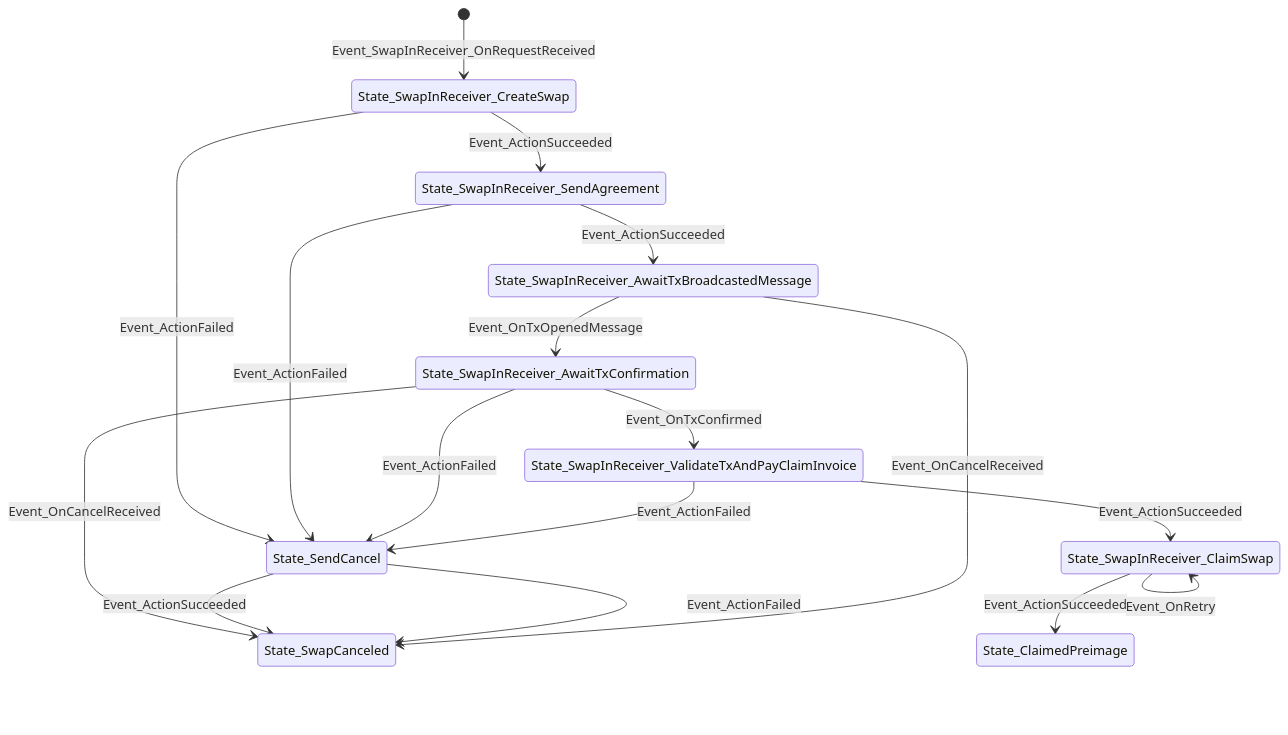
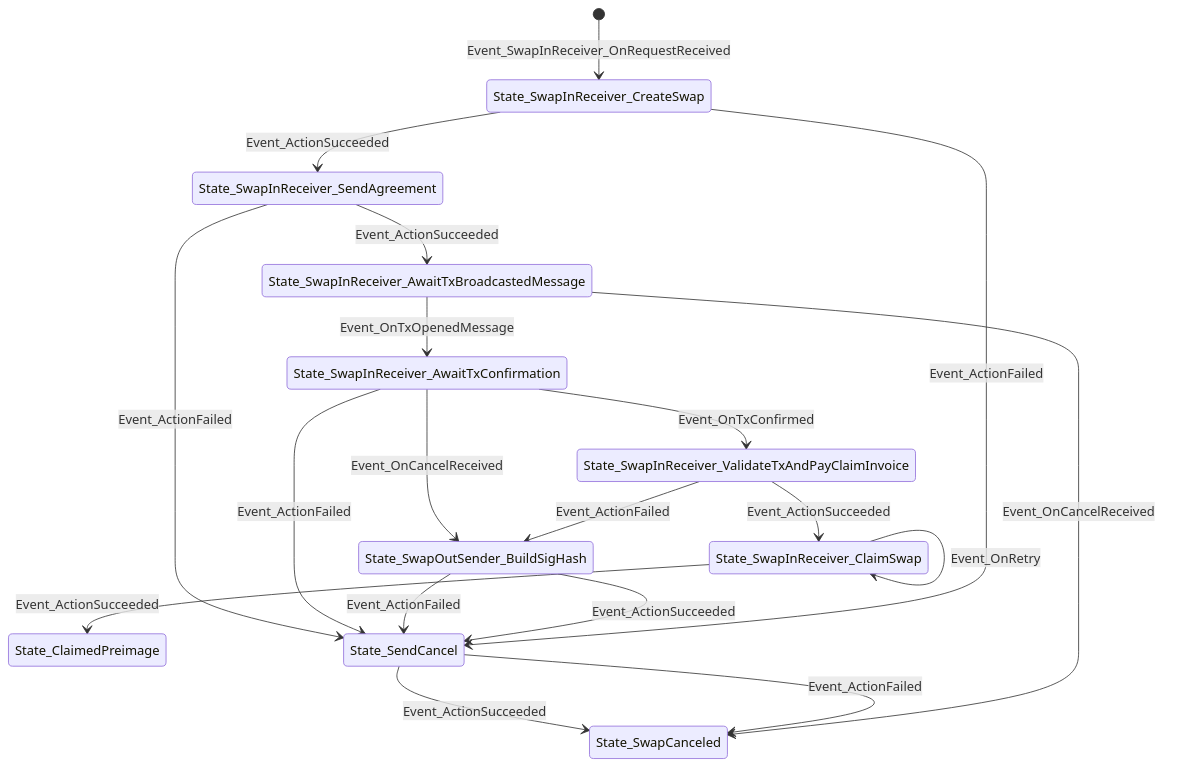
The diagram in docs/swap-in-receiver-states.md (ElementsProject/peerswap), drawn with Mermaid before and after one commit. The commit also changed 23 other files, not shown here.

````diff
--- a/docs/swap-in-receiver-states.md
+++ b/docs/swap-in-receiver-states.md
@@ -1,28 +1,31 @@
 ```mermaid
 stateDiagram-v2
-[*] --> State_SwapInReceiver_CreateSwap: Event_SwapInReceiver_OnRequestReceived
-State_SwapInReceiver_CreateSwap
-State_SwapInReceiver_CreateSwap --> State_SwapInReceiver_SendAgreement: Event_ActionSucceeded
-State_SwapInReceiver_CreateSwap --> State_SendCancel: Event_ActionFailed
-State_SwapInReceiver_SendAgreement
-State_SwapInReceiver_SendAgreement --> State_SwapInReceiver_AwaitTxBroadcastedMessage: Event_ActionSucceeded
-State_SwapInReceiver_SendAgreement --> State_SendCancel: Event_ActionFailed
-State_SwapInReceiver_AwaitTxConfirmation
-State_SwapInReceiver_AwaitTxConfirmation --> State_SwapInReceiver_ValidateTxAndPayClaimInvoice: Event_OnTxConfirmed
-State_SwapInReceiver_AwaitTxConfirmation --> State_SendCancel: Event_ActionFailed
-State_SwapInReceiver_AwaitTxConfirmation --> State_SwapCanceled: Event_OnCancelReceived
 State_ClaimedPreimage
 State_SendCancel
 State_SendCancel --> State_SwapCanceled: Event_ActionSucceeded
 State_SendCancel --> State_SwapCanceled: Event_ActionFailed
+[*] --> State_SwapInReceiver_CreateSwap: Event_SwapInReceiver_OnRequestReceived
+State_SwapInReceiver_SendAgreement
+State_SwapInReceiver_SendAgreement --> State_SendCancel: Event_ActionFailed
+State_SwapInReceiver_SendAgreement --> State_SwapInReceiver_AwaitTxBroadcastedMessage: Event_ActionSucceeded
 State_SwapInReceiver_AwaitTxBroadcastedMessage
 State_SwapInReceiver_AwaitTxBroadcastedMessage --> State_SwapInReceiver_AwaitTxConfirmation: Event_OnTxOpenedMessage
 State_SwapInReceiver_AwaitTxBroadcastedMessage --> State_SwapCanceled: Event_OnCancelReceived
+State_SwapInReceiver_AwaitTxConfirmation
+State_SwapInReceiver_AwaitTxConfirmation --> State_SwapOutSender_BuildSigHash: Event_OnCancelReceived
+State_SwapInReceiver_AwaitTxConfirmation --> State_SwapInReceiver_ValidateTxAndPayClaimInvoice: Event_OnTxConfirmed
+State_SwapInReceiver_AwaitTxConfirmation --> State_SendCancel: Event_ActionFailed
+State_SwapOutSender_BuildSigHash
+State_SwapOutSender_BuildSigHash --> State_SendCancel: Event_ActionFailed
+State_SwapOutSender_BuildSigHash --> State_SendCancel: Event_ActionSucceeded
+State_SwapInReceiver_CreateSwap
+State_SwapInReceiver_CreateSwap --> State_SwapInReceiver_SendAgreement: Event_ActionSucceeded
+State_SwapInReceiver_CreateSwap --> State_SendCancel: Event_ActionFailed
 State_SwapInReceiver_ValidateTxAndPayClaimInvoice
 State_SwapInReceiver_ValidateTxAndPayClaimInvoice --> State_SwapInReceiver_ClaimSwap: Event_ActionSucceeded
-State_SwapInReceiver_ValidateTxAndPayClaimInvoice --> State_SendCancel: Event_ActionFailed
+State_SwapInReceiver_ValidateTxAndPayClaimInvoice --> State_SwapOutSender_BuildSigHash: Event_ActionFailed
 State_SwapInReceiver_ClaimSwap
 State_SwapInReceiver_ClaimSwap --> State_ClaimedPreimage: Event_ActionSucceeded
 State_SwapInReceiver_ClaimSwap --> State_SwapInReceiver_ClaimSwap: Event_OnRetry
 State_SwapCanceled
 ```
````
